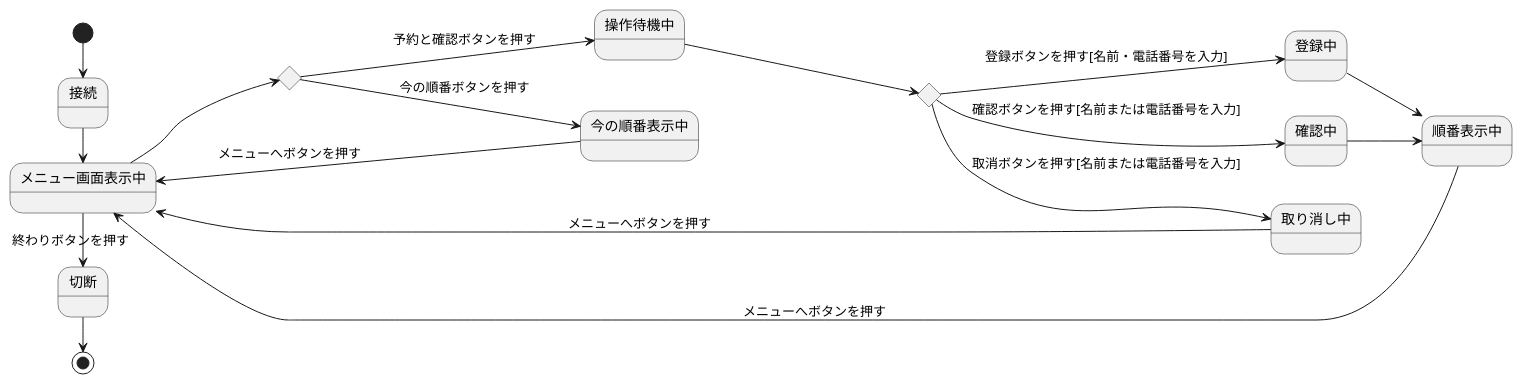
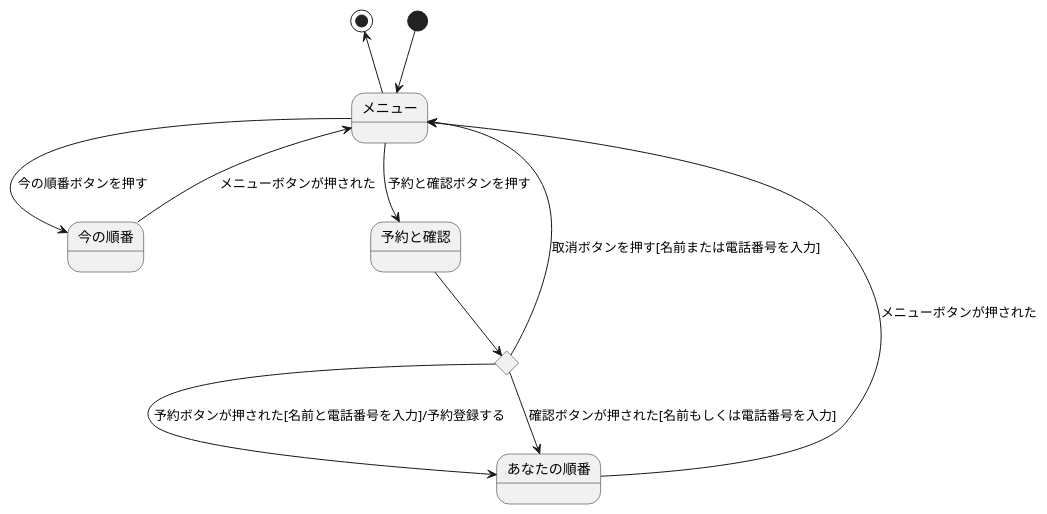
One commit to yoshidasen/uml-introduction changed the diagram in 演習6-3_ステートマシン図_診察予約システム.pu. Above: the diagram before and after it, drawn with PlantUML.

Commit message:
演習6-3

```diff
--- a/演習6-3_ステートマシン図_診察予約システム.pu
+++ b/演習6-3_ステートマシン図_診察予約システム.pu
@@ -1,28 +1,49 @@
 @startuml 診察予約システム
-    left to right direction
+    ' left to right direction
     
-    [*] -right-> 接続
+    ' [*] -right-> 接続
     
+    ' state c <<choice>>
+
+    ' 接続 -right-> メニュー画面表示中
+    ' メニュー画面表示中 --> c
+    ' c --> 操作待機中 : 予約と確認ボタンを押す
+    ' c --> 今の順番表示中 : 今の順番ボタンを押す
+
+    ' state c2 <<choice>>
+
+    ' 操作待機中 --> c2
+    ' c2 --> 登録中 : 登録ボタンを押す[名前・電話番号を入力]
+    ' c2 --> 確認中 : 確認ボタンを押す[名前または電話番号を入力]
+    ' c2 --> 取り消し中 : 取消ボタンを押す[名前または電話番号を入力]
+
+    ' 登録中 --> 順番表示中
+    ' 確認中 --> 順番表示中
+    ' 取り消し中 --> メニュー画面表示中 : メニューへボタンを押す
+    ' 順番表示中 --> メニュー画面表示中 : メニューへボタンを押す
+    ' 今の順番表示中 --> メニュー画面表示中 : メニューへボタンを押す
+    ' メニュー画面表示中 -right-> 切断 : 終わりボタンを押す
+    ' 切断 -right-> [*]
+
+    ' ----------
+' ※ステートマシン図記述の際の注意点　
+' スマートフォンの４つの画面を状態オブジェクトとします　
+' ４つの画面：メニュー、予約と確認、あなたの順番、今の順
+    [*] --> メニュー
+    メニュー --> 今の順番 : 今の順番ボタンを押す
+    メニュー --> 予約と確認 : 予約と確認ボタンを押す
+
     state c <<choice>>
 
-    接続 -right-> メニュー画面表示中
-    メニュー画面表示中 --> c
-    c --> 操作待機中 : 予約と確認ボタンを押す
-    c --> 今の順番表示中 : 今の順番ボタンを押す
+    予約と確認 --> c
+    c --> あなたの順番 : 予約ボタンが押された[名前と電話番号を入力]/予約登録する
+    c --> あなたの順番 : 確認ボタンが押された[名前もしくは電話番号を入力]
+    c --> メニュー : 取消ボタンを押す[名前または電話番号を入力]
 
-    state c2 <<choice>>
+    あなたの順番 --> メニュー : メニューボタンが押された
+    今の順番 --> メニュー : メニューボタンが押された
+    メニュー -up-> [*]
 
-    操作待機中 --> c2
-    c2 --> 登録中 : 登録ボタンを押す[名前・電話番号を入力]
-    c2 --> 確認中 : 確認ボタンを押す[名前または電話番号を入力]
-    c2 --> 取り消し中 : 取消ボタンを押す[名前または電話番号を入力]
 
-    登録中 --> 順番表示中
-    確認中 --> 順番表示中
-    取り消し中 --> メニュー画面表示中 : メニューへボタンを押す
-    順番表示中 --> メニュー画面表示中 : メニューへボタンを押す
-    今の順番表示中 --> メニュー画面表示中 : メニューへボタンを押す
-    メニュー画面表示中 -right-> 切断 : 終わりボタンを押す
-    切断 -right-> [*]
 
 @enduml
```
